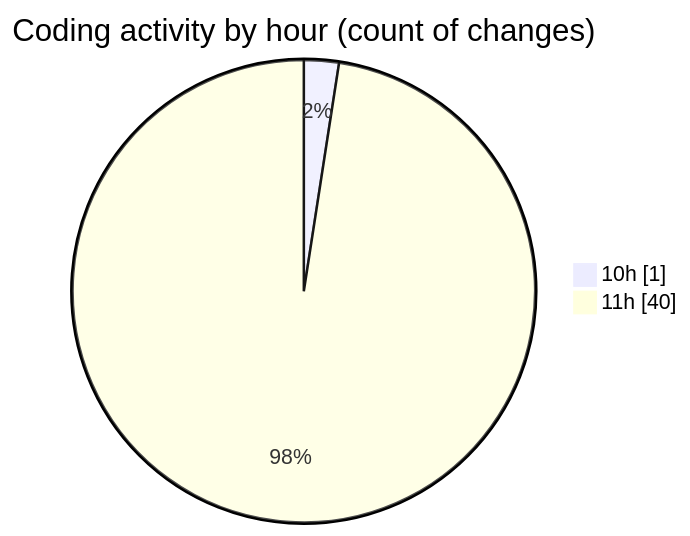
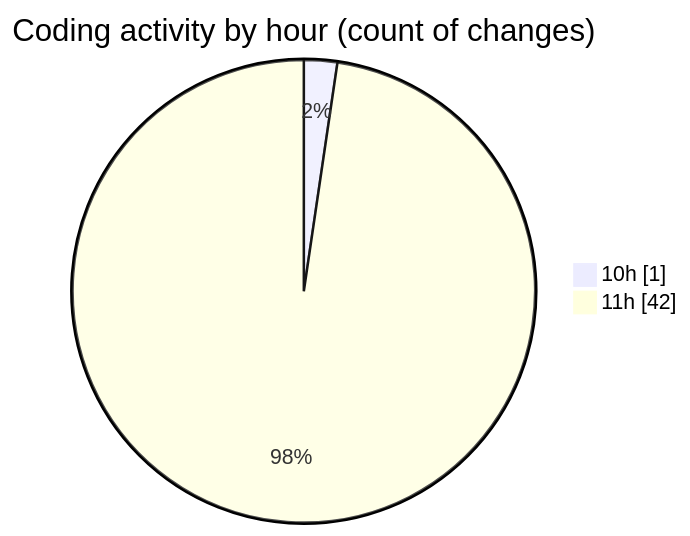
Before and after one commit to nxtqubesakshisongat/code-tracking: the second of 2 diagrams in 2025-06-25/nxtqube_webapp/README.md, drawn with Mermaid. The commit also changed other lines of this file and 1 other file, not shown here.

````diff
--- a/2025-06-25/nxtqube_webapp/README.md
+++ b/2025-06-25/nxtqube_webapp/README.md
@@ -33,6 +33,6 @@
 ```mermaid
 pie showData
 title Coding activity by hour (count of changes)
 "10h" : 1
-"11h" : 40
+"11h" : 42
 ```
````
